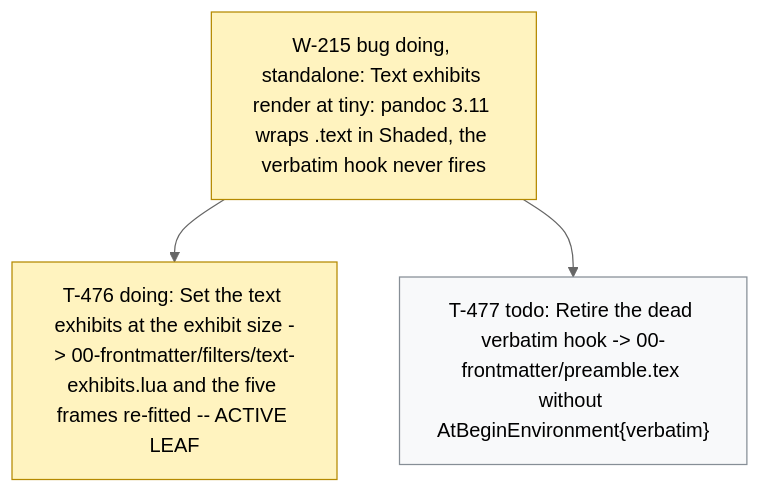
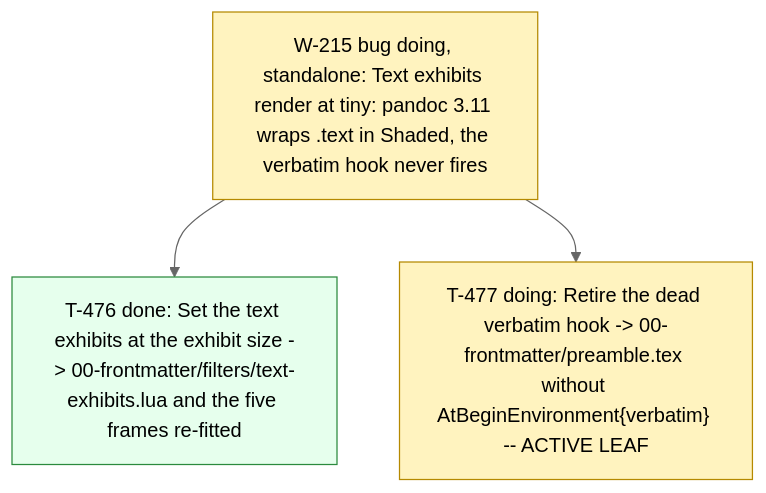
Before and after one commit to dpopchev/chaos-to-simple: the diagram in .board/BOARD.md, drawn with Mermaid (neutral theme). The commit also changed other lines of this file and 2 other files, not shown here.

Commit message:
chore(board): close T-476, start T-477
Refs: W-215 T-476 T-477

````diff
--- a/.board/BOARD.md
+++ b/.board/BOARD.md
@@ -1269,13 +1269,13 @@
 ```mermaid
 flowchart TD
   W215["W-215 bug doing, standalone: Text exhibits render at tiny: pandoc 3.11 wraps .text in Shaded, the verbatim hook never fires"]
-  W215 --> T476["T-476 doing: Set the text exhibits at the exhibit size -> 00-frontmatter/filters/text-exhibits.lua and the five frames re-fitted -- ACTIVE LEAF"]
-  W215 --> T477["T-477 todo: Retire the dead verbatim hook -> 00-frontmatter/preamble.tex without AtBeginEnvironment{verbatim}"]
+  W215 --> T476["T-476 done: Set the text exhibits at the exhibit size -> 00-frontmatter/filters/text-exhibits.lua and the five frames re-fitted"]
+  W215 --> T477["T-477 doing: Retire the dead verbatim hook -> 00-frontmatter/preamble.tex without AtBeginEnvironment{verbatim} -- ACTIVE LEAF"]
   classDef doing fill:#fff3bf,stroke:#b58900,color:#000;
   classDef blocked fill:#ffe3e3,stroke:#c92a2a,color:#000;
   classDef done fill:#e6ffed,stroke:#2b8a3e,color:#000;
   classDef todo fill:#f8f9fa,stroke:#868e96,color:#000;
   classDef pruned fill:#f1f3f5,stroke:#adb5bd,color:#000;
-  class W215,T476 doing
-  class T477 todo
+  class W215,T477 doing
+  class T476 done
 ```
````
